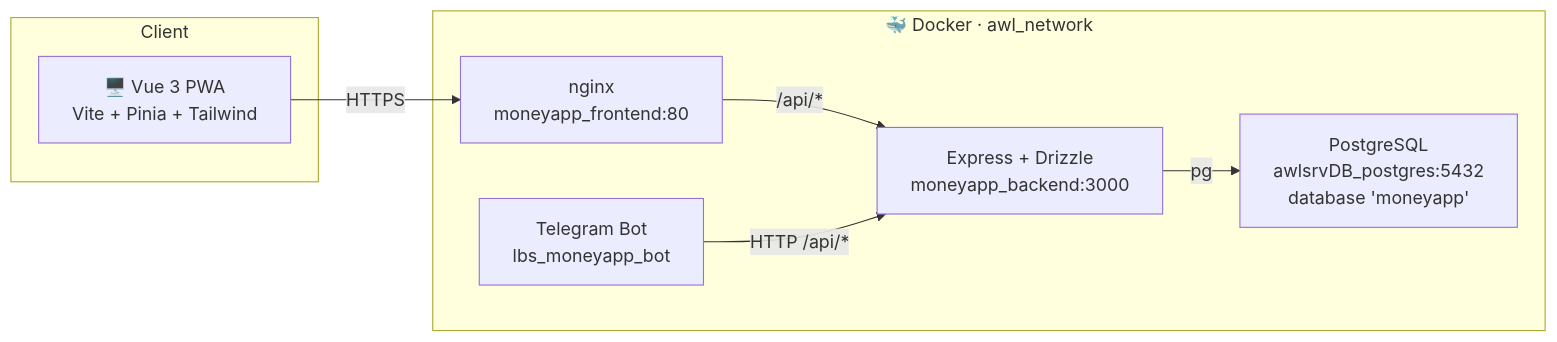
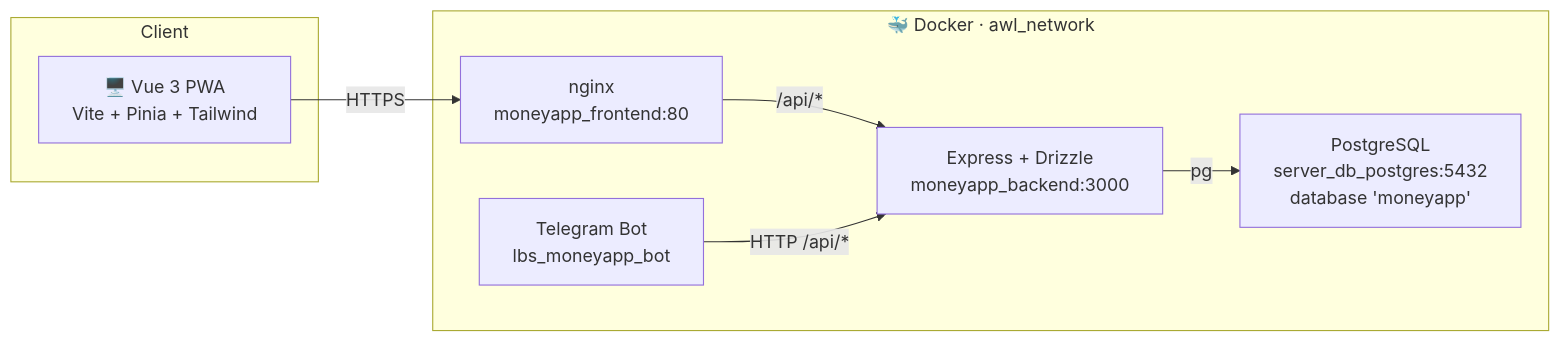
One commit to moablive/LBS_MoneyAPP changed the first of 2 diagrams in README.md. Above: the diagram before and after it, drawn with Mermaid. The commit also changed other lines of this file and 2 other files, not shown here.

````diff
--- a/README.md
+++ b/README.md
@@ -182,19 +182,19 @@
 ```mermaid
 flowchart LR
   subgraph Client
     PWA["🖥️ Vue 3 PWA<br/>Vite + Pinia + Tailwind"]
   end
 
 
   subgraph awl_network["🐳 Docker · awl_network"]
     NGINX["nginx<br/>moneyapp_frontend:80"]
     API["Express + Drizzle<br/>moneyapp_backend:3000"]
     BOT["Telegram Bot<br/>lbs_moneyapp_bot"]
-    PG["PostgreSQL<br/>awlsrvDB_postgres:5432<br/>database 'moneyapp'"]
+    PG["PostgreSQL<br/>server_db_postgres:5432<br/>database 'moneyapp'"]
   end
 
   PWA -- "HTTPS" --> NGINX
   NGINX -- "/api/*" --> API
   API -- "pg" --> PG
   BOT -- "HTTP /api/*" --> API
 ```
````
